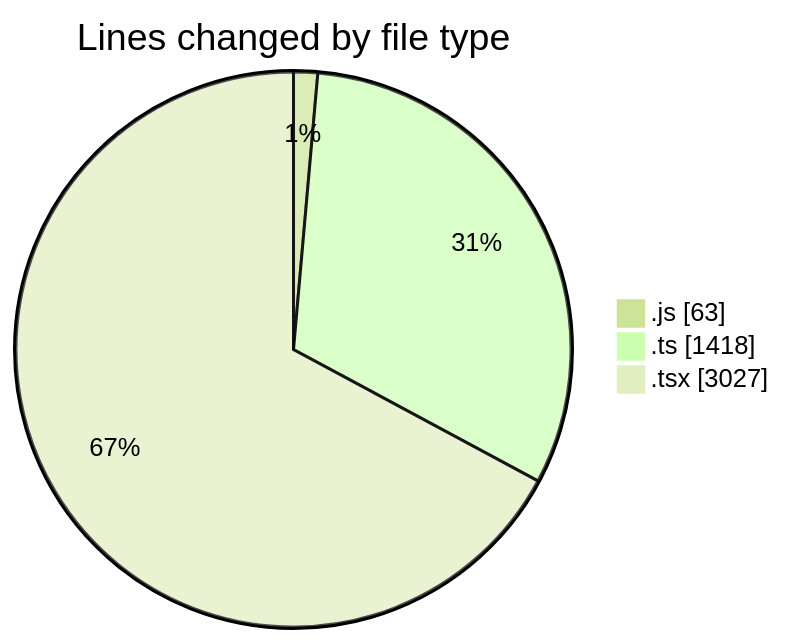
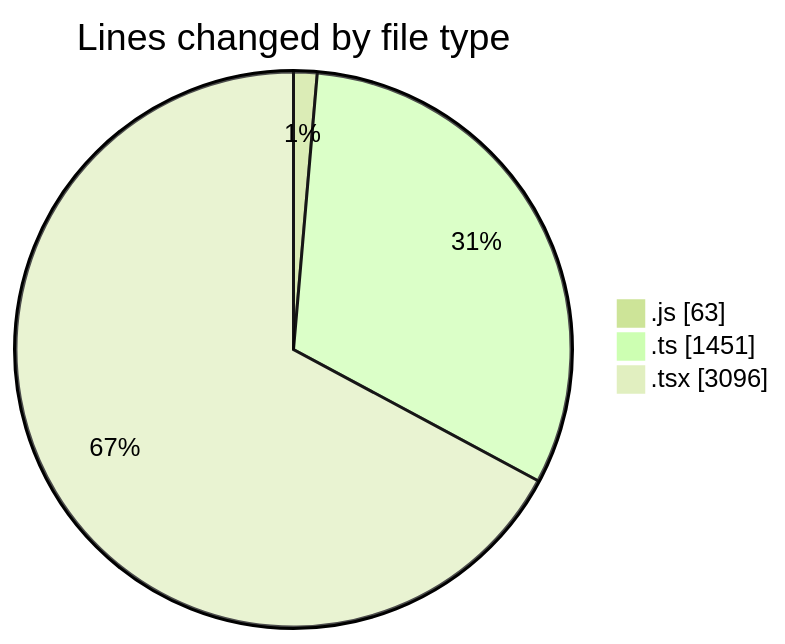
The first of 2 diagrams in 2026-08-04/cda/README.md (momahboobian/code-tracking), drawn with Mermaid (forest theme) before and after one commit. The commit also changed other lines of this file and 1 other file, not shown here.

````diff
--- a/2026-08-04/cda/README.md
+++ b/2026-08-04/cda/README.md
@@ -47,7 +47,7 @@
 ```mermaid
 pie showData
 title Lines changed by file type
 ".js" : 63
-".ts" : 1418
-".tsx" : 3027
+".ts" : 1451
+".tsx" : 3096
 ```
````
